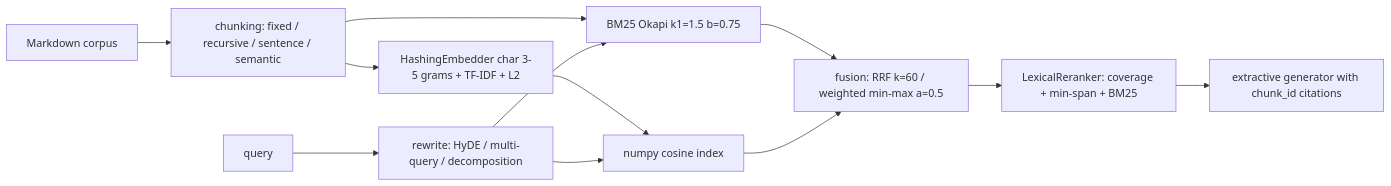
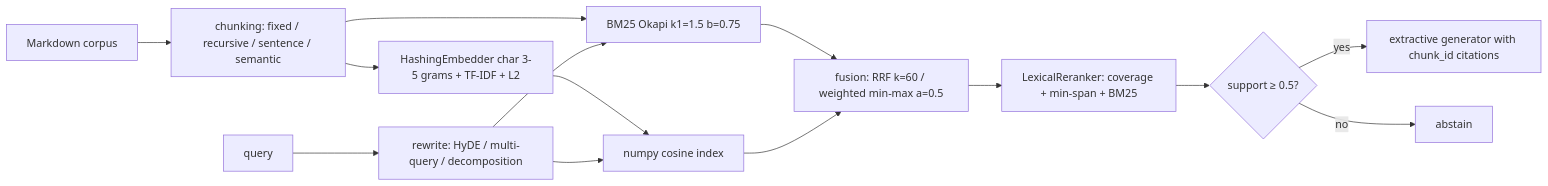
Before and after one commit to d41sys/ragkit: the diagram in README.md, drawn with Mermaid. The commit also changed other lines of this file and 4 other files, not shown here.

````diff
--- a/README.md
+++ b/README.md
@@ -9,11 +9,13 @@
 ```mermaid
 flowchart LR
   D[Markdown corpus] --> C[chunking: fixed / recursive / sentence / semantic]
   C --> B[BM25 Okapi k1=1.5 b=0.75]
   C --> E[HashingEmbedder char 3-5 grams + TF-IDF + L2] --> V[numpy cosine index]
   Q[query] --> R[rewrite: HyDE / multi-query / decomposition]
   R --> B & V
   B & V --> F[fusion: RRF k=60 / weighted min-max a=0.5]
   F --> K[LexicalReranker: coverage + min-span + BM25]
-  K --> G[extractive generator with chunk_id citations]
+  K --> S{support ≥ 0.5?}
+  S -->|yes| G[extractive generator with chunk_id citations]
+  S -->|no| A[abstain]
 ```
````
